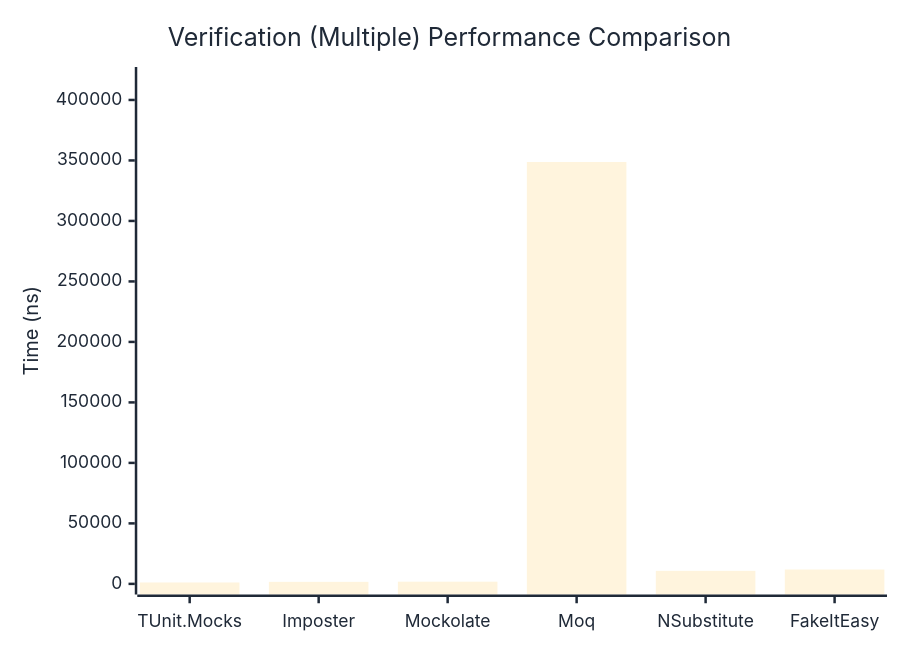
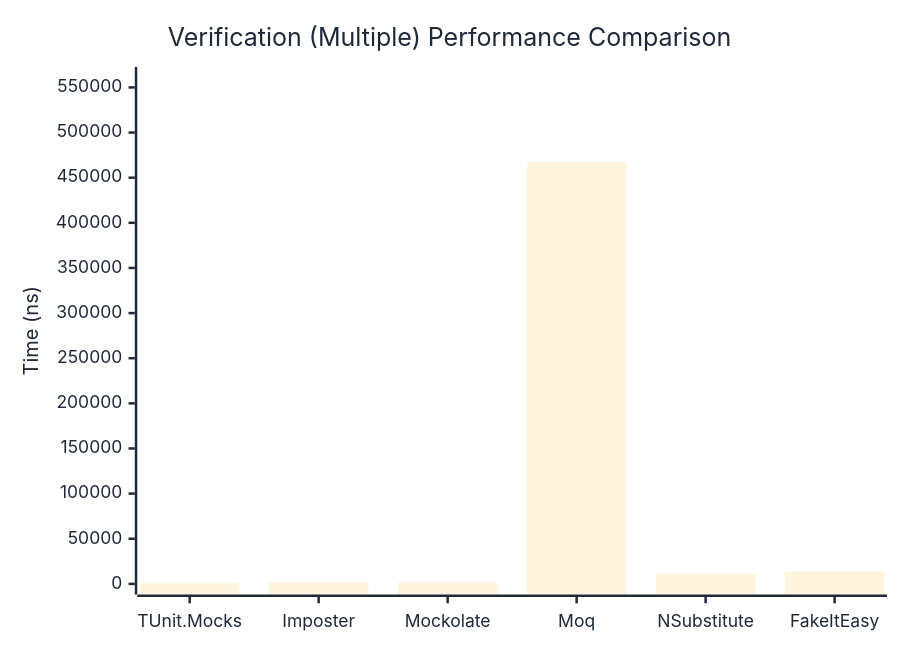
The third of 3 diagrams in docs/docs/benchmarks/mocks/Verification.md (thomhurst/TUnit), drawn with Mermaid before and after one commit. The commit also changed other lines of this file and 14 other files, not shown here.

````diff
--- a/docs/docs/benchmarks/mocks/Verification.md
+++ b/docs/docs/benchmarks/mocks/Verification.md
@@ -110,27 +110,27 @@
 ```mermaid
 %%{init: {
   'theme':'base',
   'themeVariables': {
     'primaryColor': '#2563eb',
     'primaryTextColor': '#1f2937',
     'primaryBorderColor': '#1e40af',
     'lineColor': '#6b7280',
     'secondaryColor': '#7c3aed',
     'tertiaryColor': '#dc2626',
     'background': '#ffffff',
     'pie1': '#2563eb',
     'pie2': '#7c3aed',
     'pie3': '#dc2626',
     'pie4': '#f59e0b',
     'pie5': '#10b981',
     'pie6': '#06b6d4',
     'pie7': '#ec4899',
     'pie8': '#6366f1'
   }
 }}%%
 xychart-beta
   title "Verification (Multiple) Performance Comparison"
   x-axis ["TUnit.Mocks", "Imposter", "Mockolate", "Moq", "NSubstitute", "FakeItEasy"]
-  y-axis "Time (ns)" 0 --> 418462
-  bar [1158, 1671.45, 1815.45, 348717.86, 10771.87, 11871.86]
+  y-axis "Time (ns)" 0 --> 560852
+  bar [1105.25, 1695.66, 1310.79, 467376, 11581.89, 13755.33]
 ```
````
